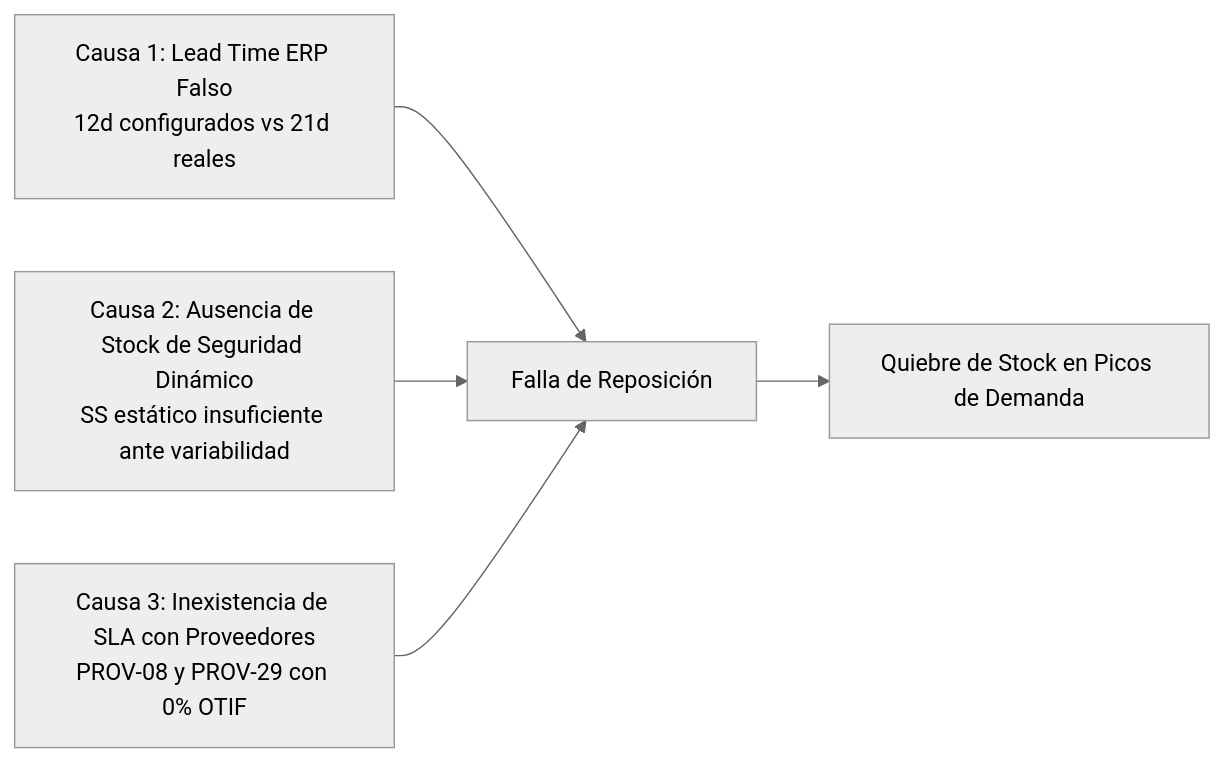
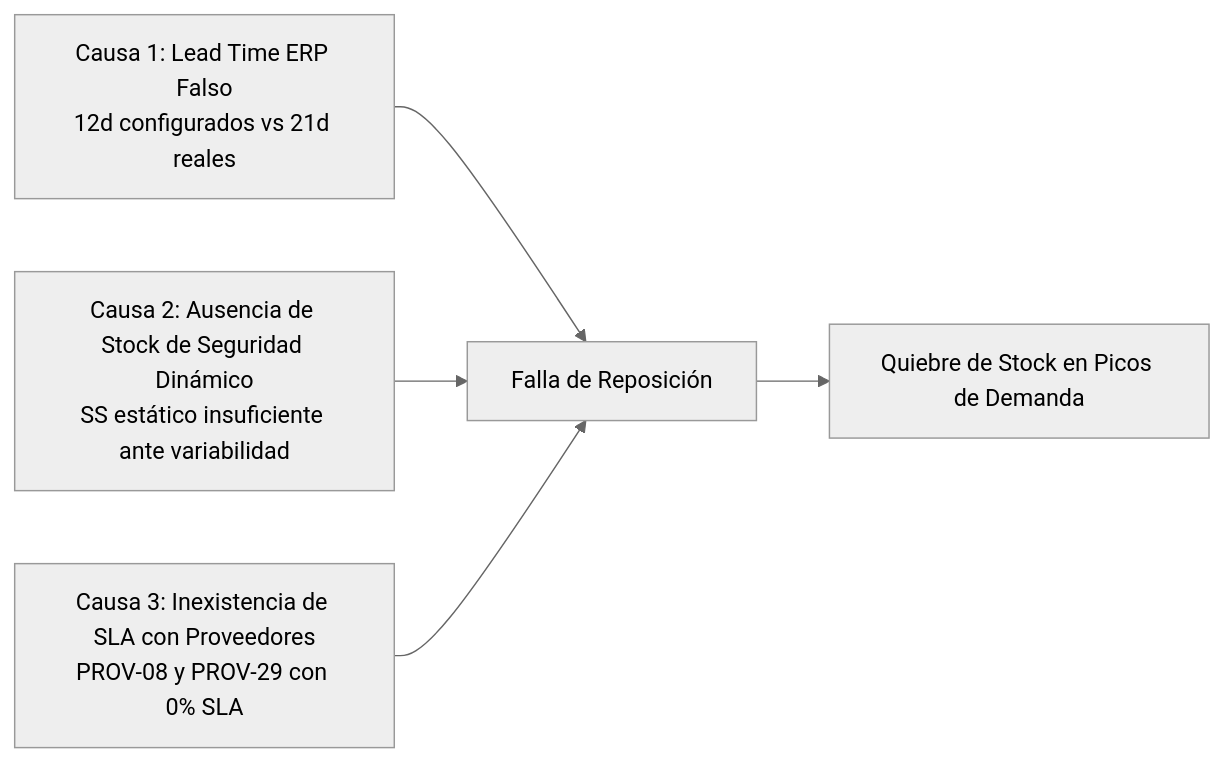
One commit to juliancarmotrice-star/E2 changed the third of 3 diagrams in informes/INFORME_INVESTIGACION_QUEJA_GERENCIA_LAMINA.md. Above: the diagram before and after it, drawn with Mermaid (neutral theme). The commit also changed other lines of this file and 15 other files, not shown here.

Commit message:
docs: harmonize SLA and ERI terminology across all reports and align architecture section 6 baseline figures

````diff
--- a/informes/INFORME_INVESTIGACION_QUEJA_GERENCIA_LAMINA.md
+++ b/informes/INFORME_INVESTIGACION_QUEJA_GERENCIA_LAMINA.md
@@ -191,7 +191,7 @@
 ```mermaid
 graph LR
     A[Causa 1: Lead Time ERP Falso<br>12d configurados vs 21d reales] --> D[Falla de Reposición]
     B[Causa 2: Ausencia de Stock de Seguridad Dinámico<br>SS estático insuficiente ante variabilidad] --> D
-    C[Causa 3: Inexistencia de SLA con Proveedores<br>PROV-08 y PROV-29 con 0% OTIF] --> D
+    C[Causa 3: Inexistencia de SLA con Proveedores<br>PROV-08 y PROV-29 con 0% SLA] --> D
     D --> E[Quiebre de Stock en Picos de Demanda]
 ```
````
